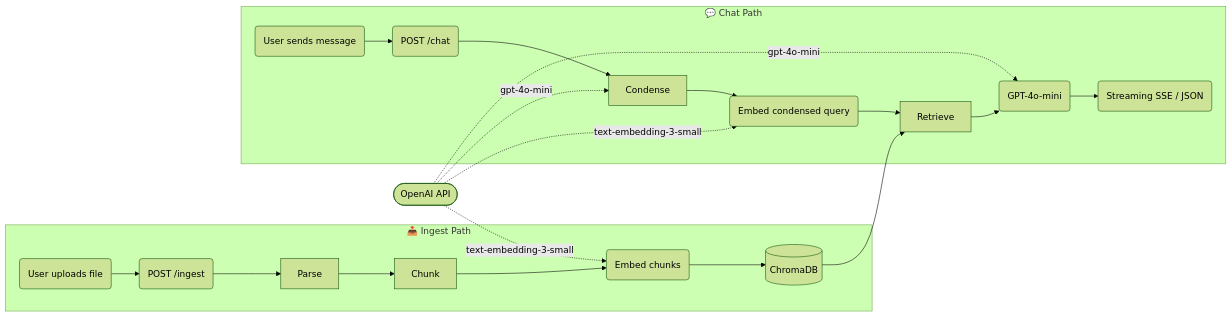
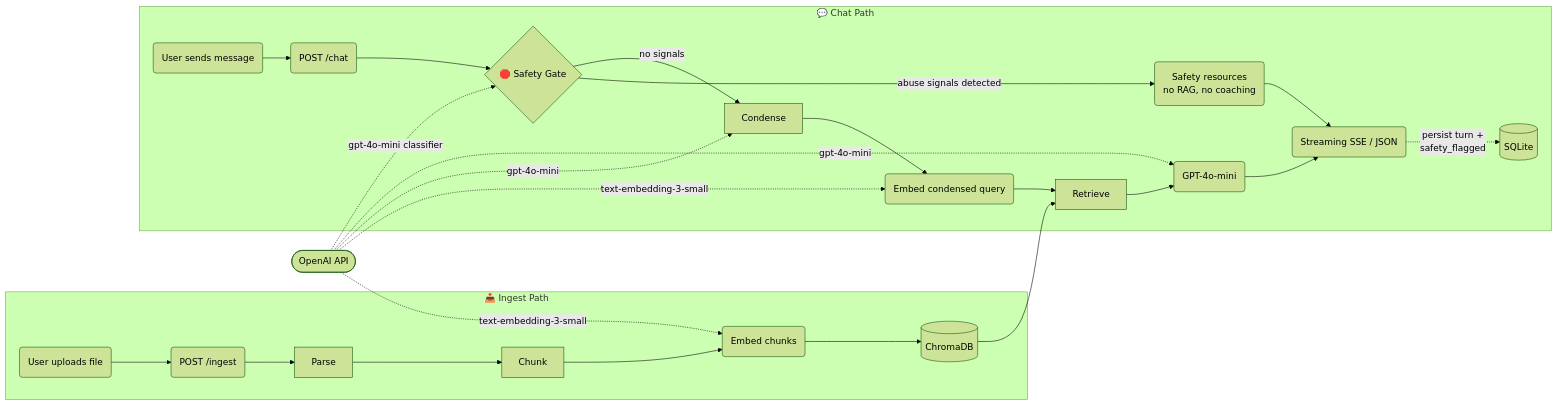
One commit to yil479/happy-wife-gpt changed the first of 6 diagrams in docs/rag-architecture.md. Above: the diagram before and after it, drawn with Mermaid (forest theme). The commit also changed other lines of this file and 33 other files, not shown here.

First line of the commit message:
Add persistent chat history, IPV safety gate, and mock knowledge base

````diff
--- a/docs/rag-architecture.md
+++ b/docs/rag-architecture.md
@@ -9,25 +9,30 @@
 ```mermaid
 flowchart LR
     subgraph Ingest["📥 Ingest Path"]
         U1(User uploads file) --> API1(POST /ingest)
         API1 --> Parse
         Parse --> Chunk
         Chunk --> Embed1(Embed chunks)
         Embed1 --> Store[(ChromaDB)]
     end
 
     subgraph Chat["💬 Chat Path"]
         U2(User sends message) --> API2(POST /chat)
-        API2 --> Condense
+        API2 --> Safety{🛑 Safety Gate}
+        Safety -->|abuse signals detected| SafetyResp(Safety resources<br/>no RAG, no coaching)
+        Safety -->|no signals| Condense
         Condense --> Embed2(Embed condensed query)
         Embed2 --> Retrieve
         Store --> Retrieve
         Retrieve --> Generate(GPT-4o-mini)
         Generate --> Response(Streaming SSE / JSON)
+        SafetyResp --> Response
+        Response -.->|persist turn +<br/>safety_flagged| History[(SQLite)]
     end
 
     OpenAI([OpenAI API]) -.->|text-embedding-3-small| Embed1
     OpenAI -.->|text-embedding-3-small| Embed2
     OpenAI -.->|gpt-4o-mini| Condense
     OpenAI -.->|gpt-4o-mini| Generate
+    OpenAI -.->|gpt-4o-mini classifier| Safety
 ```
````
